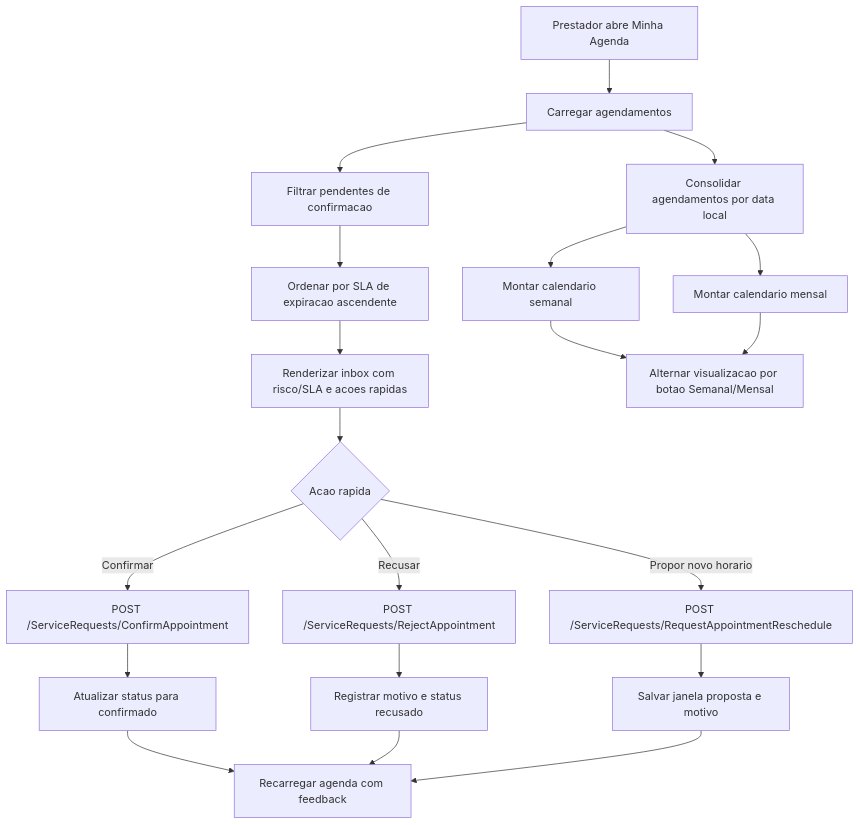
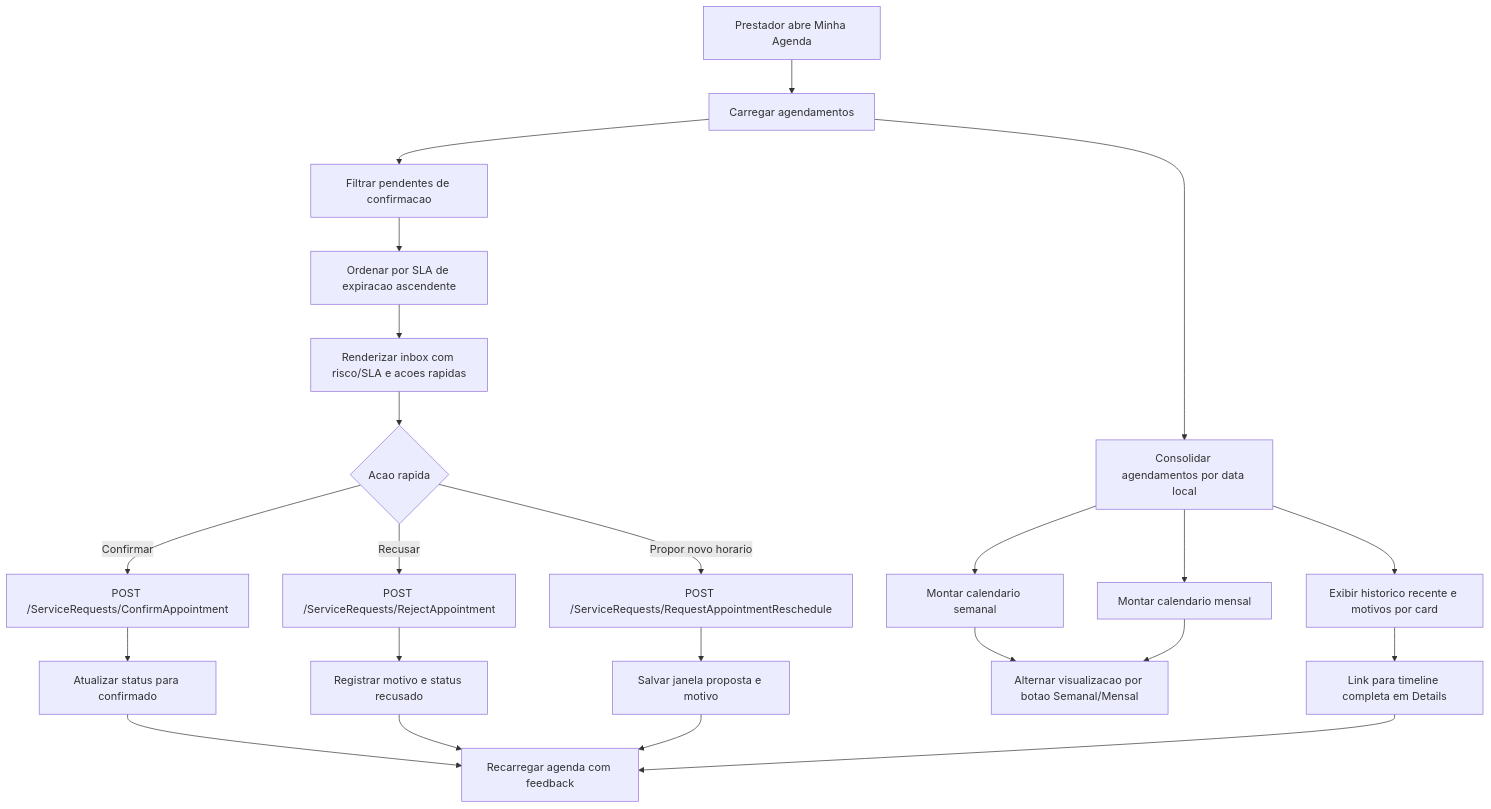
Before and after one commit to leonardomendes201704/ConsertaPraMim: the diagram in Documentacao/DIAGRAMAS/AGENDA_SERVICOS_JANELAS_LEMBRETES/ST-007-ui-prestador-gestao-agenda-operacao/fluxo-inbox-sla-acoes-rapidas.mmd, drawn with Mermaid. The commit also changed 6 other files, not shown here.

```diff
--- a/Documentacao/DIAGRAMAS/AGENDA_SERVICOS_JANELAS_LEMBRETES/ST-007-ui-prestador-gestao-agenda-operacao/fluxo-inbox-sla-acoes-rapidas.mmd
+++ b/Documentacao/DIAGRAMAS/AGENDA_SERVICOS_JANELAS_LEMBRETES/ST-007-ui-prestador-gestao-agenda-operacao/fluxo-inbox-sla-acoes-rapidas.mmd
@@ -1,25 +1,28 @@
 flowchart TD
     A[Prestador abre Minha Agenda] --> B[Carregar agendamentos]
     B --> C[Filtrar pendentes de confirmacao]
     C --> D[Ordenar por SLA de expiracao ascendente]
     D --> E[Renderizar inbox com risco/SLA e acoes rapidas]
 
     B --> F[Consolidar agendamentos por data local]
     F --> G[Montar calendario semanal]
     F --> H[Montar calendario mensal]
     G --> I[Alternar visualizacao por botao Semanal/Mensal]
     H --> I
+    F --> R[Exibir historico recente e motivos por card]
+    R --> S[Link para timeline completa em Details]
 
     E --> J{Acao rapida}
     J -->|Confirmar| K[POST /ServiceRequests/ConfirmAppointment]
     K --> N[Atualizar status para confirmado]
 
     J -->|Recusar| L[POST /ServiceRequests/RejectAppointment]
     L --> O[Registrar motivo e status recusado]
 
     J -->|Propor novo horario| M[POST /ServiceRequests/RequestAppointmentReschedule]
     M --> P[Salvar janela proposta e motivo]
 
     N --> Q[Recarregar agenda com feedback]
     O --> Q
     P --> Q
+    S --> Q
```
